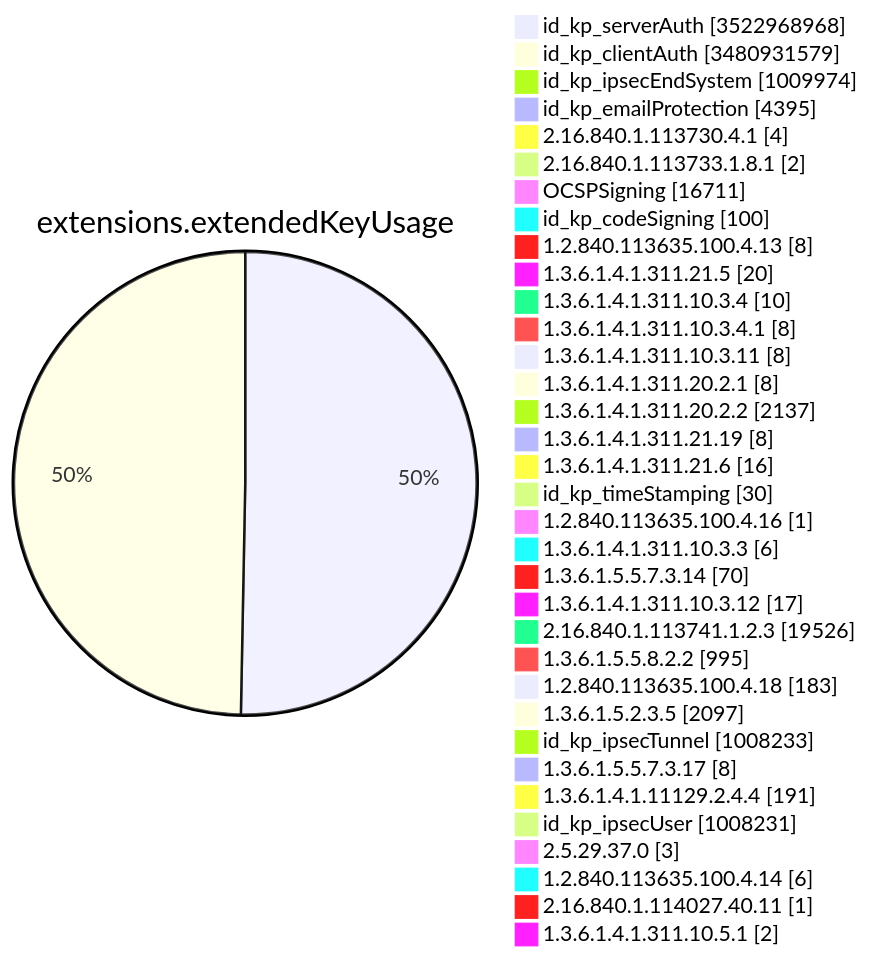
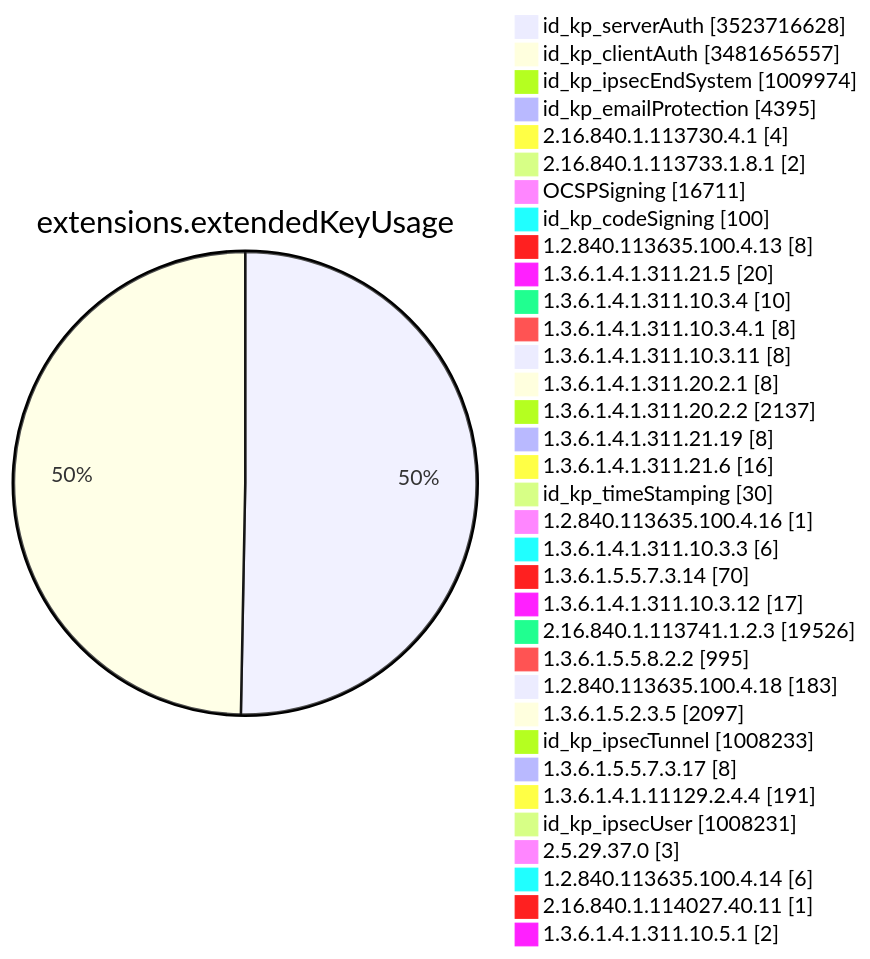
One commit to christiankrug/ctmonitor_visualization changed diagram 11 of 15 in TOTAL/README.md. Above: the diagram before and after it, drawn with Mermaid. The commit also changed other lines of this file, not shown here.

````diff
--- a/TOTAL/README.md
+++ b/TOTAL/README.md
@@ -4126,38 +4126,38 @@
 ```mermaid
 pie showData
 title extensions.extendedKeyUsage
-"id_kp_serverAuth" :3522968968
-"id_kp_clientAuth" :3480931579
+"id_kp_serverAuth" :3523716628
+"id_kp_clientAuth" :3481656557
 "id_kp_ipsecEndSystem" :1009974
 "id_kp_emailProtection" :4395
 "2.16.840.1.113730.4.1" :4
 "2.16.840.1.113733.1.8.1" :2
 "OCSPSigning" :16711
 "id_kp_codeSigning" :100
 "1.2.840.113635.100.4.13" :8
 "1.3.6.1.4.1.311.21.5" :20
 "1.3.6.1.4.1.311.10.3.4" :10
 "1.3.6.1.4.1.311.10.3.4.1" :8
 "1.3.6.1.4.1.311.10.3.11" :8
 "1.3.6.1.4.1.311.20.2.1" :8
 "1.3.6.1.4.1.311.20.2.2" :2137
 "1.3.6.1.4.1.311.21.19" :8
 "1.3.6.1.4.1.311.21.6" :16
 "id_kp_timeStamping" :30
 "1.2.840.113635.100.4.16" :1
 "1.3.6.1.4.1.311.10.3.3" :6
 "1.3.6.1.5.5.7.3.14" :70
 "1.3.6.1.4.1.311.10.3.12" :17
 "2.16.840.1.113741.1.2.3" :19526
 "1.3.6.1.5.5.8.2.2" :995
 "1.2.840.113635.100.4.18" :183
 "1.3.6.1.5.2.3.5" :2097
 "id_kp_ipsecTunnel" :1008233
 "1.3.6.1.5.5.7.3.17" :8
 "1.3.6.1.4.1.11129.2.4.4" :191
 "id_kp_ipsecUser" :1008231
 "2.5.29.37.0" :3
 "1.2.840.113635.100.4.14" :6
 "2.16.840.1.114027.40.11" :1
 "1.3.6.1.4.1.311.10.5.1" :2
 ```
````
